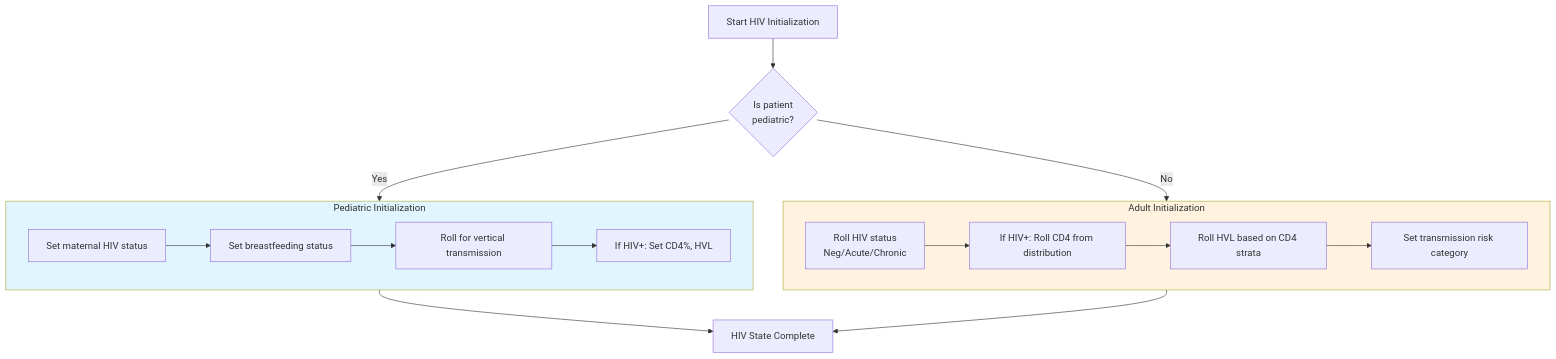
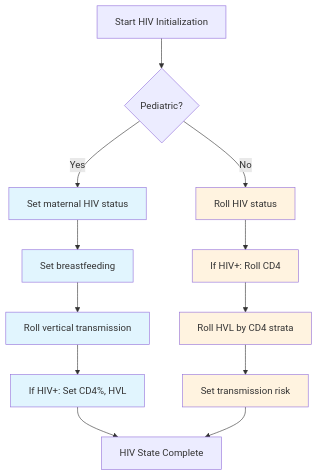
One commit to elithecat/CEPAC changed the fourth of 8 diagrams in docs/patient_initialization_guide.md. Above: the diagram before and after it, drawn with Mermaid. The commit also changed other lines of this file, not shown here.

First line of the commit message:
Fix Mermaid diagram overlaps and cat drinks YOUR water

````diff
--- a/docs/patient_initialization_guide.md
+++ b/docs/patient_initialization_guide.md
@@ -207,31 +195,25 @@
 ```mermaid
 flowchart TD
-    START[Start HIV Initialization]
+    START[Start HIV Initialization] --> CHECK{Pediatric?}
 
-    START --> CHECK{Is patient<br/>pediatric?}
+    CHECK -->|Yes| P1[Set maternal HIV status]
+    P1 --> P2[Set breastfeeding]
+    P2 --> P3[Roll vertical transmission]
+    P3 --> P4[If HIV+: Set CD4%, HVL]
+    P4 --> DONE[HIV State Complete]
 
-    CHECK -->|Yes| PED[Pediatric Path]
-    CHECK -->|No| ADULT[Adult Path]
+    CHECK -->|No| A1[Roll HIV status]
+    A1 --> A2[If HIV+: Roll CD4]
+    A2 --> A3[Roll HVL by CD4 strata]
+    A3 --> A4[Set transmission risk]
+    A4 --> DONE
 
-    subgraph PED[Pediatric Initialization]
-        P1[Set maternal HIV status]
-        P2[Set breastfeeding status]
-        P3[Roll for vertical transmission]
-        P4[If HIV+: Set CD4%, HVL]
-        P1 --> P2 --> P3 --> P4
-    end
-
-    subgraph ADULT[Adult Initialization]
-        A1[Roll HIV status<br/>Neg/Acute/Chronic]
-        A2[If HIV+: Roll CD4 from distribution]
-        A3[Roll HVL based on CD4 strata]
-        A4[Set transmission risk category]
-        A1 --> A2 --> A3 --> A4
-    end
-
-    PED --> DONE[HIV State Complete]
-    ADULT --> DONE
-
-    style PED fill:#e1f5fe
-    style ADULT fill:#fff3e0
+    style P1 fill:#e1f5fe
+    style P2 fill:#e1f5fe
+    style P3 fill:#e1f5fe
+    style P4 fill:#e1f5fe
+    style A1 fill:#fff3e0
+    style A2 fill:#fff3e0
+    style A3 fill:#fff3e0
+    style A4 fill:#fff3e0
 ```
````
